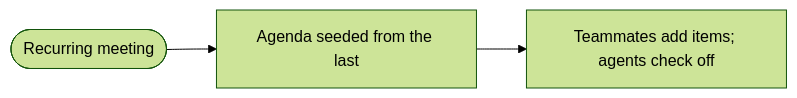
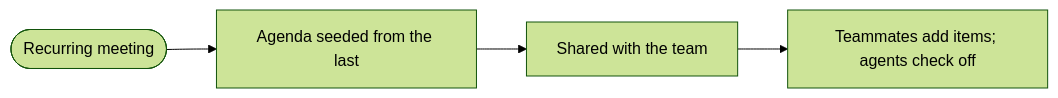
Diagram 41 of 43 in docs/user-stories.md (Kacper-Lubisz/kacola), drawn with Mermaid (forest theme) before and after one commit. The commit also changed other lines of this file and 3 other files, not shown here.

First line of the commit message:
L-27: atlas — team sharing in the window (share dialog, link, follow code, merge history, recap shared, revoked; teammates' items and a peer's agent check-off); agenda-team built; user stories: agenda-share story, agenda-team and agenda-invitee built

````diff
--- a/docs/user-stories.md
+++ b/docs/user-stories.md
@@ -941,6 +944,8 @@
 ```mermaid
 flowchart LR
   A([Recurring meeting]) --> B[Agenda seeded from the last]
-  B --> C[Teammates add items; agents check off]
+  B --> S[Shared with the team]
+  S --> C[Teammates add items; agents check off]
+  %% shot: S = agenda-share__shared__link
   %% shot: C = agenda-team__shared__teammate-items
 ```
````
